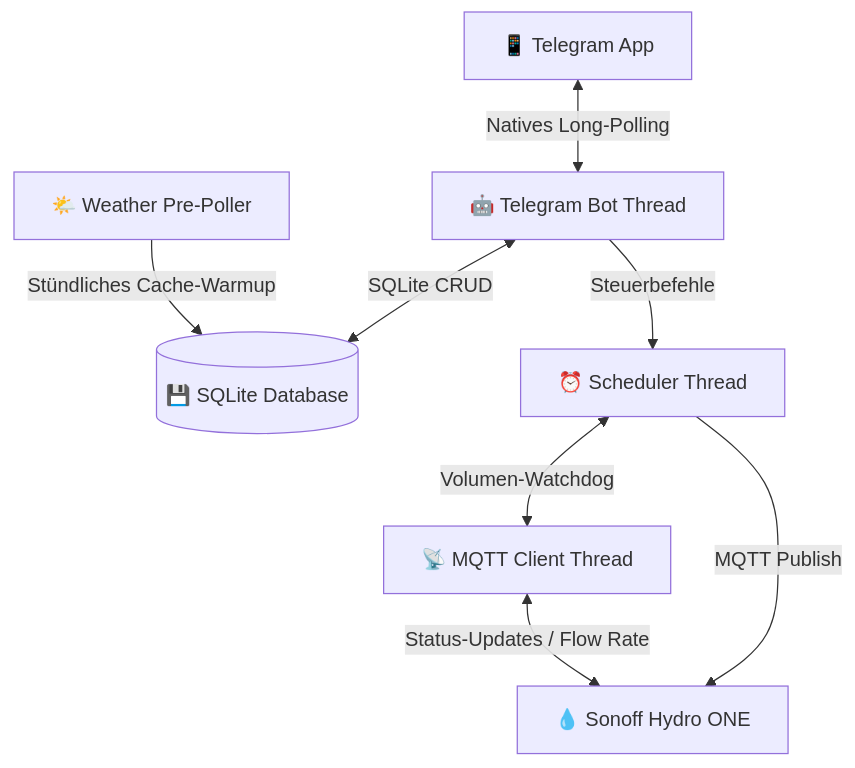
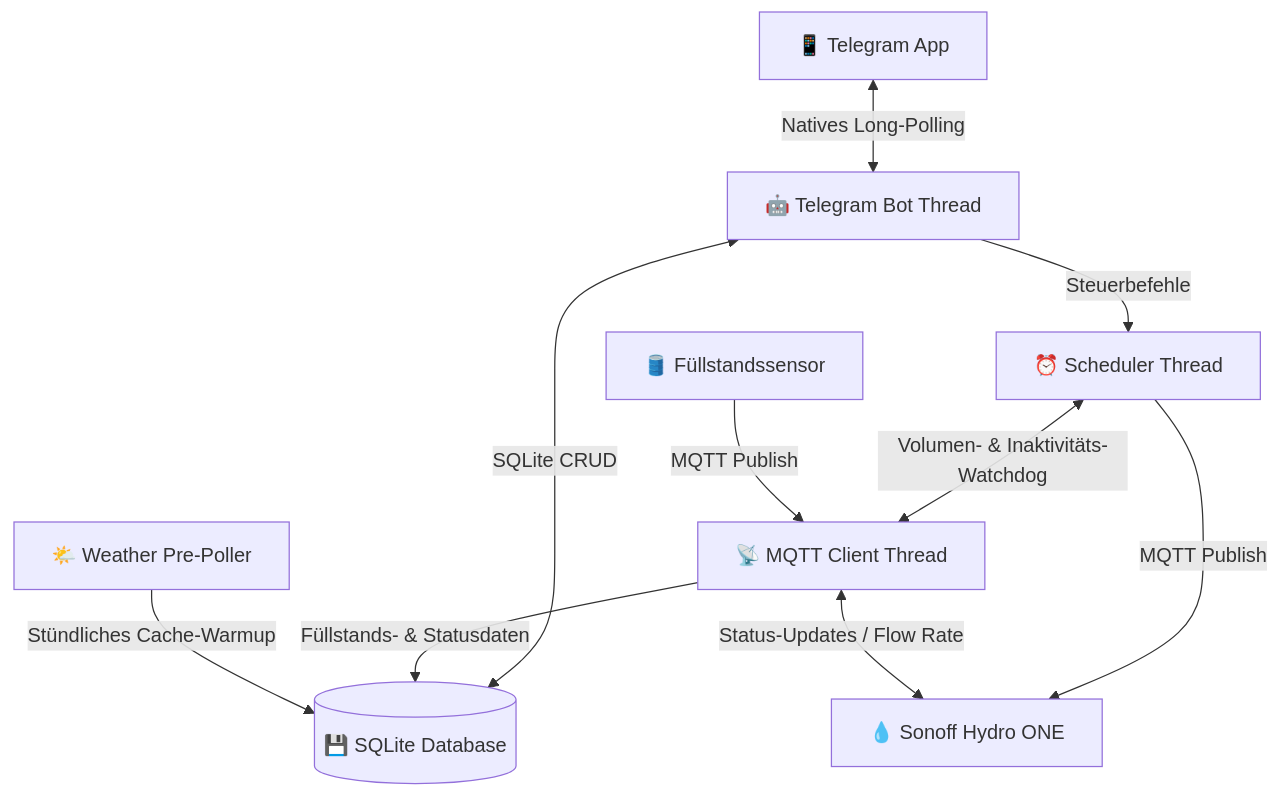
Before and after one commit to g41nxe/telegram-GartenBot: the diagram in README.md, drawn with Mermaid.

Commit message:
Update architecture diagram in README to show external MQTT level sensor and status flows

````diff
--- a/README.md
+++ b/README.md
@@ -25,10 +25,12 @@
 ```mermaid
 graph TD
     User[📱 Telegram App] <-->|Natives Long-Polling| Bot[🤖 Telegram Bot Thread]
     Bot <-->|SQLite CRUD| DB[(💾 SQLite Database)]
     Bot -->|Steuerbefehle| Scheduler[⏰ Scheduler Thread]
     Scheduler -->|MQTT Publish| Valve[💧 Sonoff Hydro ONE]
-    Scheduler <-->|Volumen-Watchdog| MQTT[📡 MQTT Client Thread]
+    Scheduler <-->|Volumen- & Inaktivitäts-Watchdog| MQTT[📡 MQTT Client Thread]
     MQTT <-->|Status-Updates / Flow Rate| Valve
+    MQTT -->|Füllstands- & Statusdaten| DB
+    Sensor[🛢️ Füllstandssensor] -->|MQTT Publish| MQTT
     Weather[🌤️ Weather Pre-Poller] -->|Stündliches Cache-Warmup| DB
 ```
````
